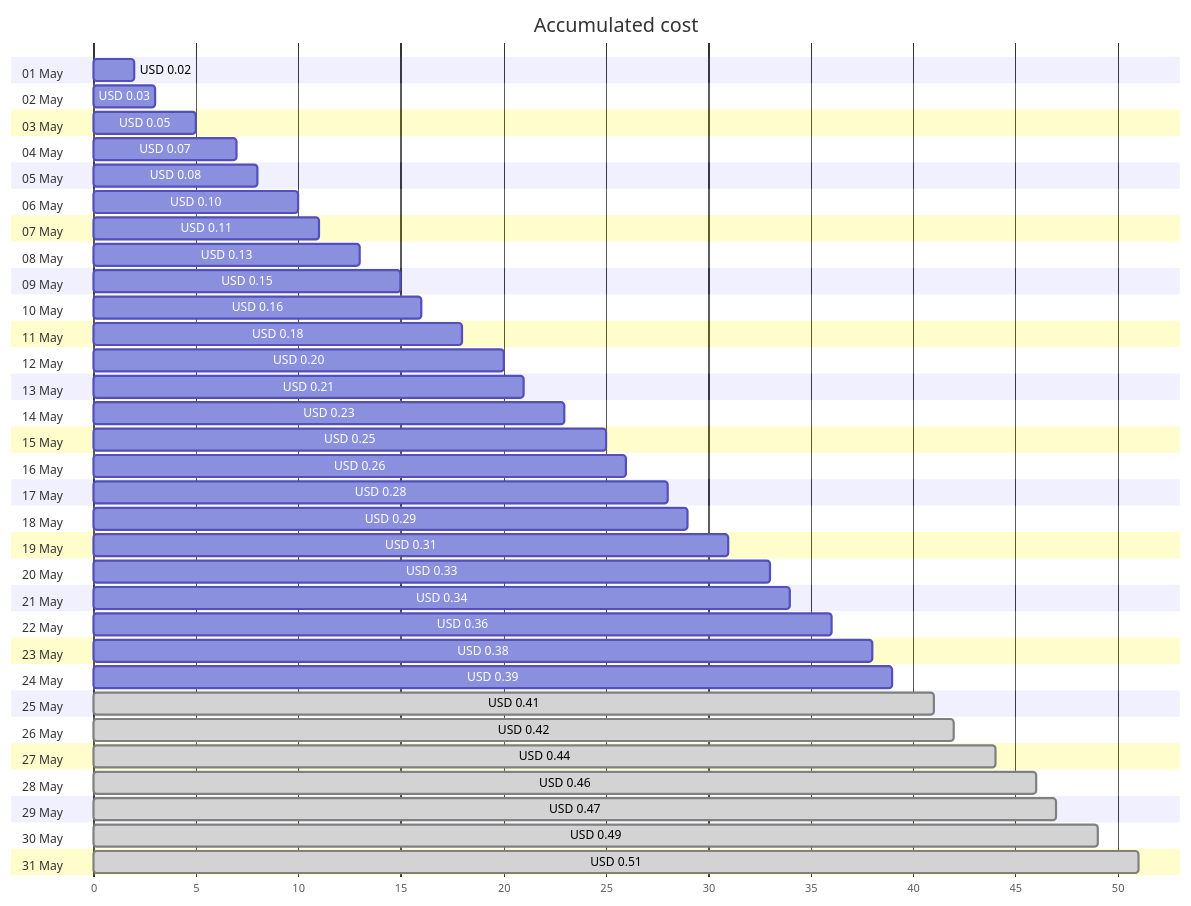
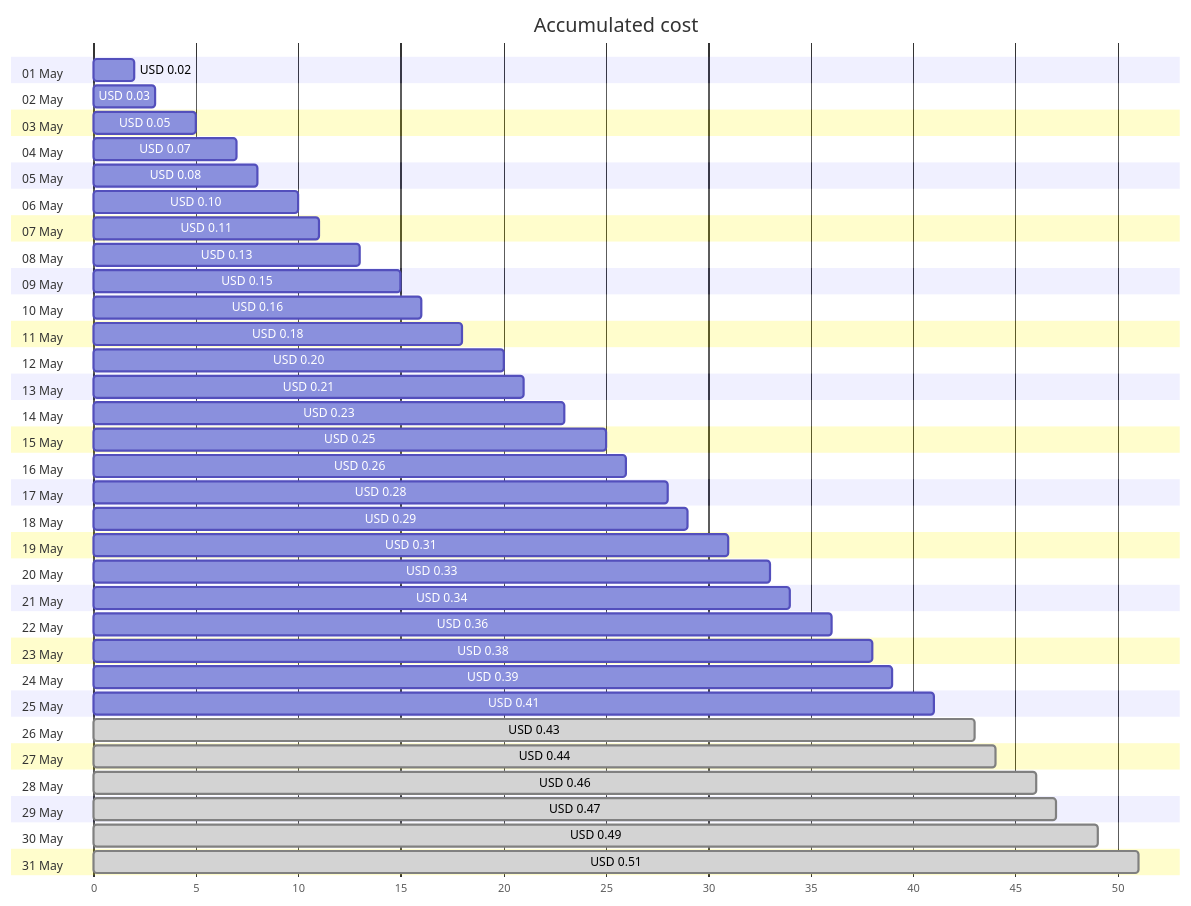
The first of 4 diagrams in cost-reports/personal-dns/jpatrickfulton.com.md (jpfulton/azure-personal-reports), drawn with Mermaid before and after one commit. The commit also changed other lines of this file and 2 other files, not shown here.

````diff
--- a/cost-reports/personal-dns/jpatrickfulton.com.md
+++ b/cost-reports/personal-dns/jpatrickfulton.com.md
@@ -20,68 +20,68 @@
 ```mermaid
 gantt
    title Accumulated cost
    dateFormat  X
    axisFormat %s
    section 01 May
    USD 0.02 :0, 2
    section 02 May
    USD 0.03 :0, 3
    section 03 May
    USD 0.05 :0, 5
    section 04 May
    USD 0.07 :0, 7
    section 05 May
    USD 0.08 :0, 8
    section 06 May
    USD 0.10 :0, 10
    section 07 May
    USD 0.11 :0, 11
    section 08 May
    USD 0.13 :0, 13
    section 09 May
    USD 0.15 :0, 15
    section 10 May
    USD 0.16 :0, 16
    section 11 May
    USD 0.18 :0, 18
    section 12 May
    USD 0.20 :0, 20
    section 13 May
    USD 0.21 :0, 21
    section 14 May
    USD 0.23 :0, 23
    section 15 May
    USD 0.25 :0, 25
    section 16 May
    USD 0.26 :0, 26
    section 17 May
    USD 0.28 :0, 28
    section 18 May
    USD 0.29 :0, 29
    section 19 May
    USD 0.31 :0, 31
    section 20 May
    USD 0.33 :0, 33
    section 21 May
    USD 0.34 :0, 34
    section 22 May
    USD 0.36 :0, 36
    section 23 May
    USD 0.38 :0, 38
    section 24 May
    USD 0.39 :0, 39
    section 25 May
-   USD 0.41 : done, 0, 41
+   USD 0.41 :0, 41
    section 26 May
-   USD 0.42 : done, 0, 42
+   USD 0.43 : done, 0, 43
    section 27 May
    USD 0.44 : done, 0, 44
    section 28 May
    USD 0.46 : done, 0, 46
    section 29 May
    USD 0.47 : done, 0, 47
    section 30 May
    USD 0.49 : done, 0, 49
    section 31 May
    USD 0.51 : done, 0, 51
 ```
````
